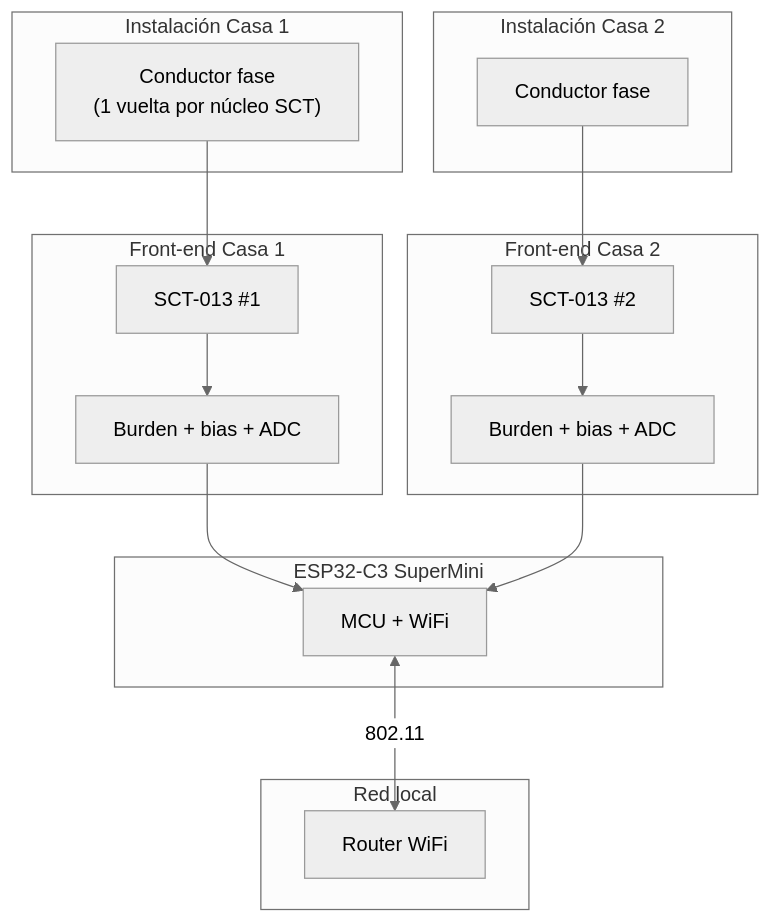
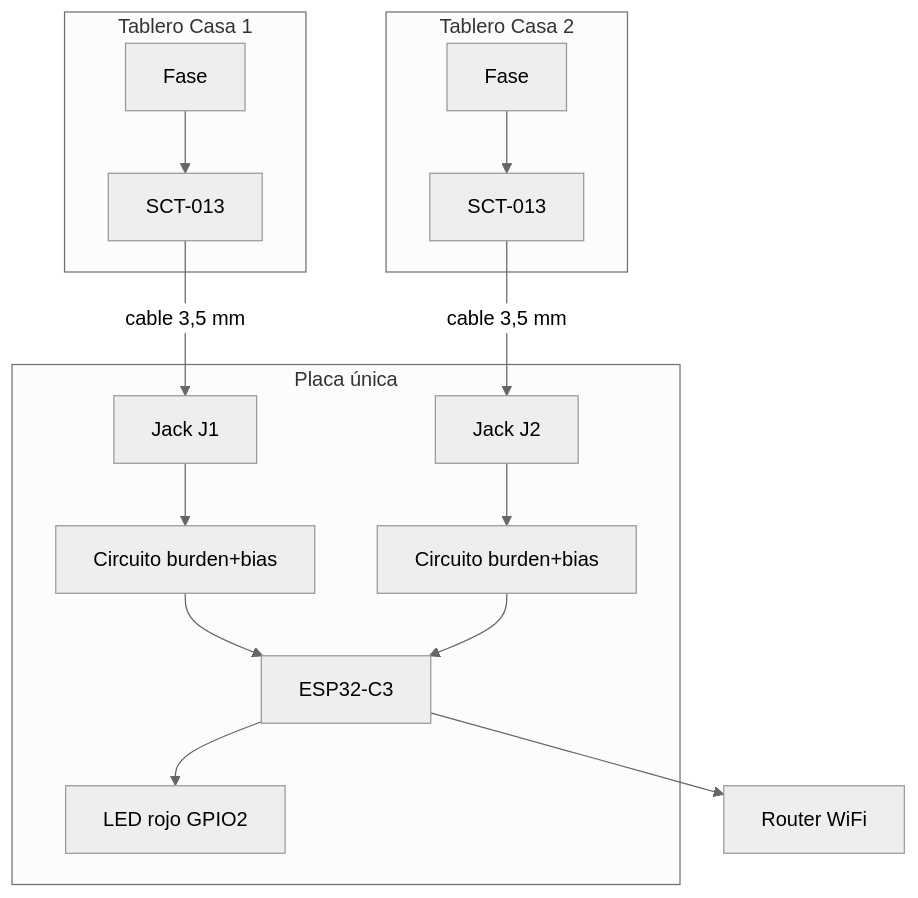
The second of 2 diagrams in docs/01-hardware.md (TaielMartinez/medidor-corriente-casa), drawn with Mermaid (neutral theme) before and after one commit. The commit also changed other lines of this file and 11 other files, not shown here.

````diff
--- a/docs/01-hardware.md
+++ b/docs/01-hardware.md
@@ -102,33 +152,31 @@
 ```mermaid
 flowchart TB
-    subgraph Red1["Instalación Casa 1"]
-        F1["Conductor fase<br/>(1 vuelta por núcleo SCT)"]
+    subgraph Tablero1["Tablero Casa 1"]
+        F1["Fase"]
+        SCT1["SCT-013"]
+        F1 --> SCT1
     end
 
-    subgraph Red2["Instalación Casa 2"]
-        F2["Conductor fase"]
+    subgraph Tablero2["Tablero Casa 2"]
+        F2["Fase"]
+        SCT2["SCT-013"]
+        F2 --> SCT2
     end
 
-    subgraph FE1["Front-end Casa 1"]
-        S1["SCT-013 #1"]
-        E1["Burden + bias + ADC"]
+    subgraph PCB["Placa única"]
+        J1["Jack J1"]
+        J2["Jack J2"]
+        C1["Circuito burden+bias"]
+        C2["Circuito burden+bias"]
+        ESP["ESP32-C3"]
+        LED["LED rojo GPIO2"]
+        J1 --> C1 --> ESP
+        J2 --> C2 --> ESP
+        ESP --> LED
     end
 
-    subgraph FE2["Front-end Casa 2"]
-        S2["SCT-013 #2"]
-        E2["Burden + bias + ADC"]
-    end
+    SCT1 -->|cable 3,5 mm| J1
+    SCT2 -->|cable 3,5 mm| J2
 
-    subgraph MCU["ESP32-C3 SuperMini"]
-        ESP["MCU + WiFi"]
-    end
-
-    F1 --> S1 --> E1 --> ESP
-    F2 --> S2 --> E2 --> ESP
-
-    subgraph LAN["Red local"]
-        AP["Router WiFi"]
-    end
-
-    ESP <-->|802.11| AP
+    ESP --> WiFi["Router WiFi"]
 ```
````
